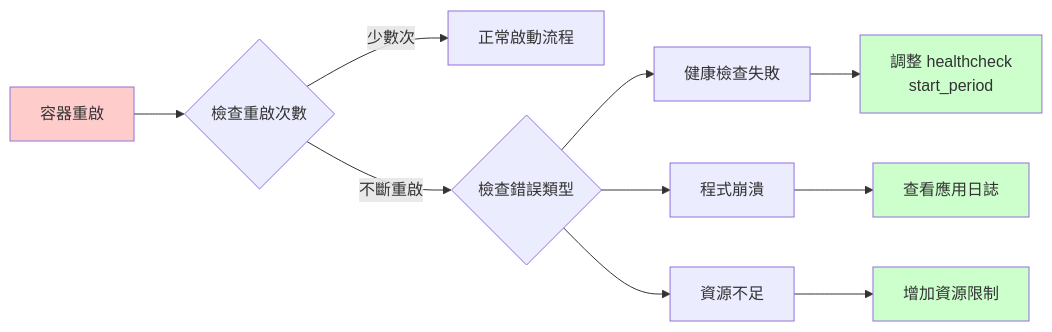
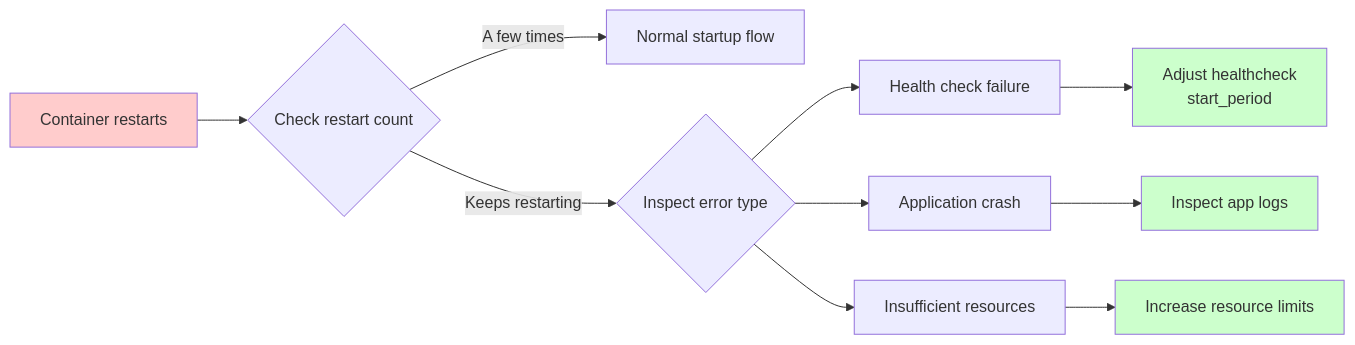
The second of 9 diagrams in docs/TROUBLESHOOTING.md (tryweb/ai-engkit), drawn with Mermaid before and after one commit. The commit also changed other lines of this file and 14 other files, not shown here.

````diff
--- a/docs/TROUBLESHOOTING.md
+++ b/docs/TROUBLESHOOTING.md
@@ -76,19 +75,19 @@
 ```mermaid
 graph LR
-    A["容器重啟"] --> B{"檢查重啟次數"}
-    B -->|"少數次"| C["正常啟動流程"]
-    B -->|"不斷重啟"| D{"檢查錯誤類型"}
-    
-    D --> E["健康檢查失敗"]
-    D --> F["程式崩潰"]
-    D --> G["資源不足"]
-    
-    E --> H["調整 healthcheck<br/>start_period"]
-    F --> I["查看應用日誌"]
-    G --> J["增加資源限制"]
-    
+    A["Container restarts"] --> B{"Check restart count"}
+    B -->|"A few times"| C["Normal startup flow"]
+    B -->|"Keeps restarting"| D{"Inspect error type"}
+
+    D --> E["Health check failure"]
+    D --> F["Application crash"]
+    D --> G["Insufficient resources"]
+
+    E --> H["Adjust healthcheck<br/>start_period"]
+    F --> I["Inspect app logs"]
+    G --> J["Increase resource limits"]
+
     style A fill:#ffcccc
     style H fill:#ccffcc
     style I fill:#ccffcc
     style J fill:#ccffcc
 ```
````
